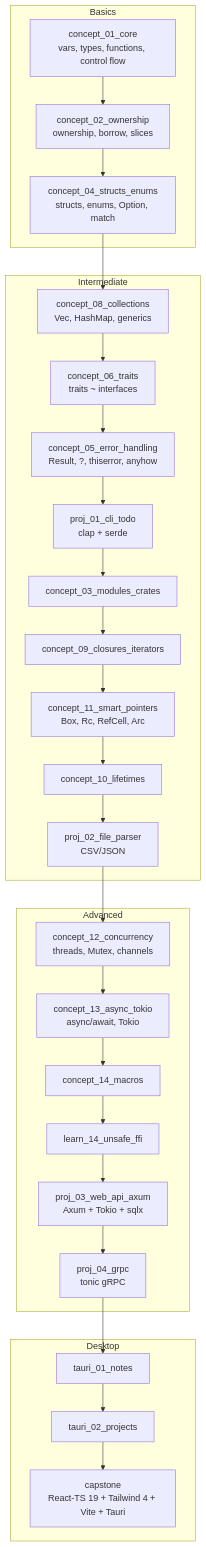
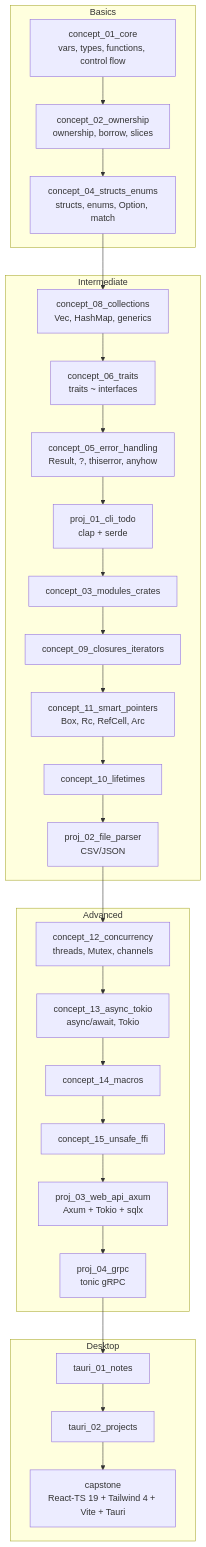
One commit to devravinder/learn-rust changed the diagram in README.md. Above: the diagram before and after it, drawn with Mermaid. The commit also changed 7 other files, not shown here.

Commit message:
feat: unsafe & ffi

````diff
--- a/README.md
+++ b/README.md
@@ -43,31 +43,31 @@
 ```mermaid
 graph TD
     subgraph Basics
         A[concept_01_core<br/>vars, types, functions, control flow] --> B[concept_02_ownership<br/>ownership, borrow, slices]
         B --> C[concept_04_structs_enums<br/>structs, enums, Option, match]
     end
     subgraph Intermediate
         C --> D[concept_08_collections<br/>Vec, HashMap, generics]
         D --> E[concept_06_traits<br/>traits ~ interfaces]
         E --> F[concept_05_error_handling<br/>Result, ?, thiserror, anyhow]
         F --> P1[proj_01_cli_todo<br/>clap + serde]
         P1 --> G[concept_03_modules_crates]
         G --> H[concept_09_closures_iterators]
         H --> I[concept_11_smart_pointers<br/>Box, Rc, RefCell, Arc]
         I --> J[concept_10_lifetimes]
         J --> P2[proj_02_file_parser<br/>CSV/JSON]
     end
     subgraph Advanced
         P2 --> K[concept_12_concurrency<br/>threads, Mutex, channels]
         K --> L[concept_13_async_tokio<br/>async/await, Tokio]
         L --> M[concept_14_macros]
-        M --> N[learn_14_unsafe_ffi]
+        M --> N[concept_15_unsafe_ffi]
         N --> P3[proj_03_web_api_axum<br/>Axum + Tokio + sqlx]
         P3 --> P4[proj_04_grpc<br/>tonic gRPC]
     end
     subgraph Desktop
         P4 --> T1[tauri_01_notes]
         T1 --> T2[tauri_02_projects]
         T2 --> CAP[capstone<br/>React-TS 19 + Tailwind 4 + Vite + Tauri]
     end
 ```
````
